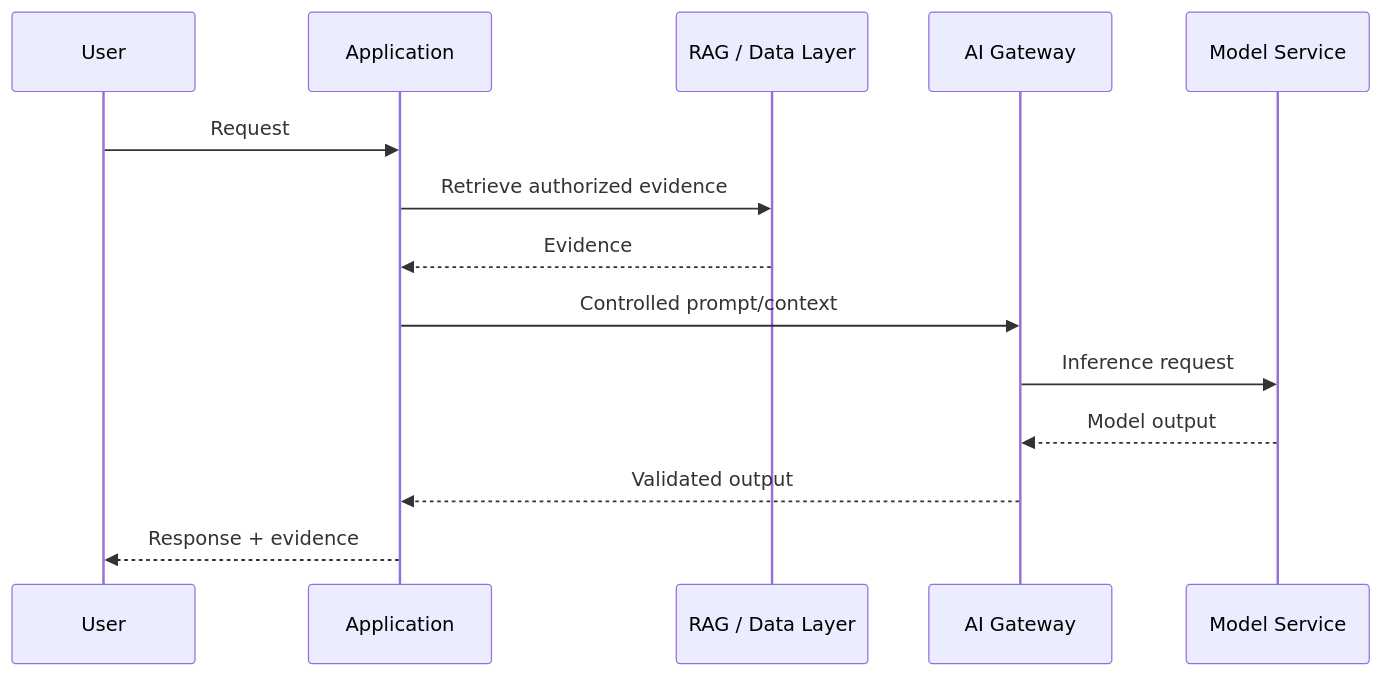
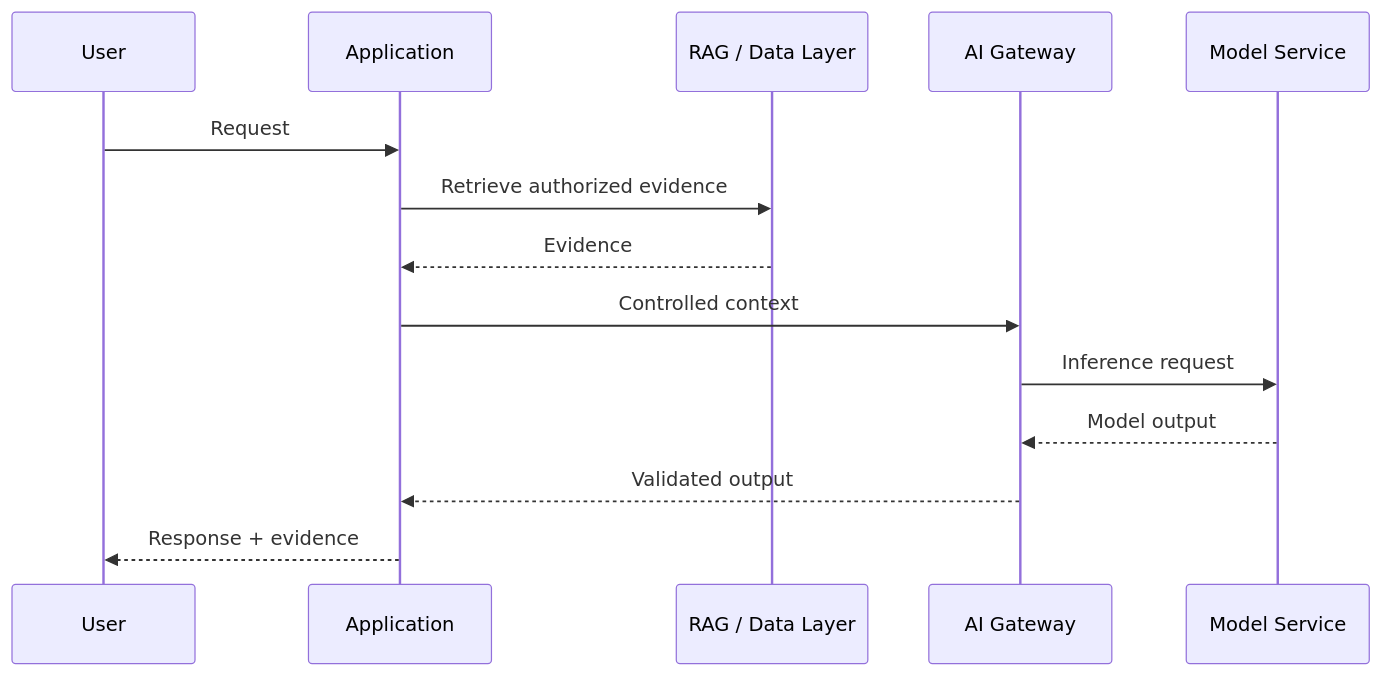
One commit to huda-salam/ai-architecture-advisor-book changed the ninth of 12 diagrams in docs/chapters/09-enterprise-llm-architecture.md. Above: the diagram before and after it, drawn with Mermaid. The commit also changed other lines of this file, not shown here.

Commit message:
Harden Chapter 9 enterprise LLM architecture foundation

````diff
--- a/docs/chapters/09-enterprise-llm-architecture.md
+++ b/docs/chapters/09-enterprise-llm-architecture.md
@@ -356,17 +397,17 @@
 ```mermaid
 sequenceDiagram
     participant U as User
     participant A as Application
     participant R as RAG / Data Layer
     participant G as AI Gateway
     participant M as Model Service
 
     U->>A: Request
     A->>R: Retrieve authorized evidence
     R-->>A: Evidence
-    A->>G: Controlled prompt/context
+    A->>G: Controlled context
     G->>M: Inference request
     M-->>G: Model output
     G-->>A: Validated output
     A-->>U: Response + evidence
 ```
````
